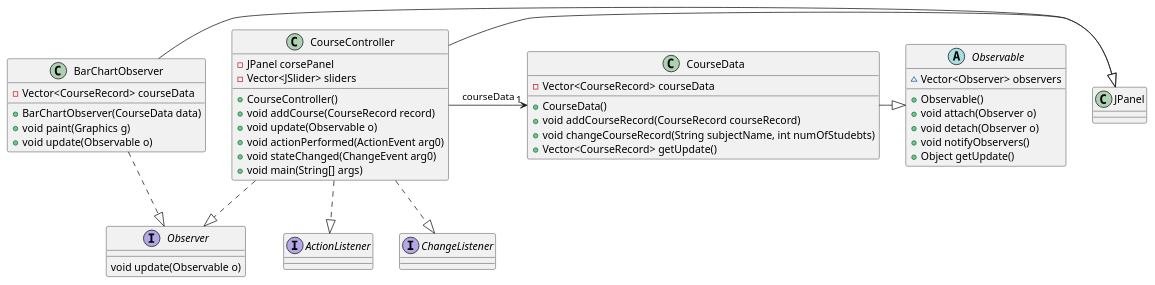
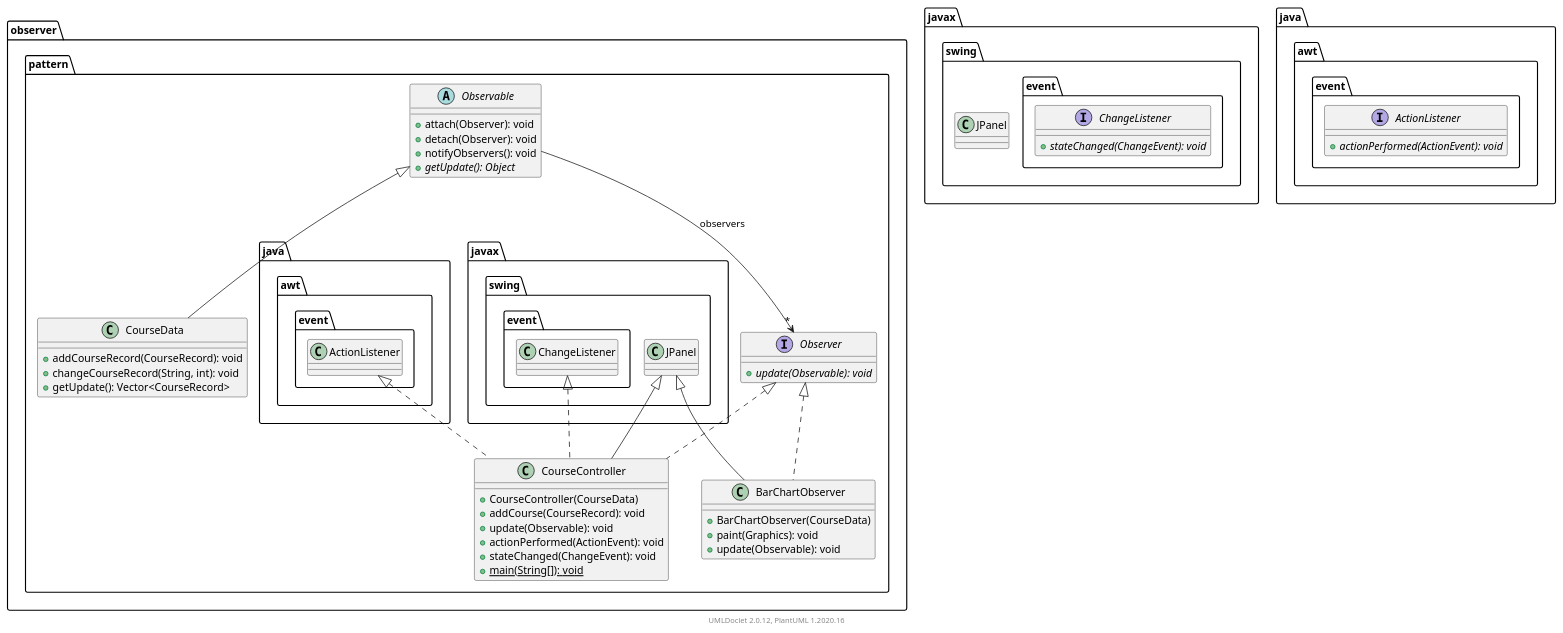
The diagram in docs/TP5-observer.plantuml (IUT-Blagnac/cpoa-tp5-TomJoalland), drawn with PlantUML before and after one commit. The commit also changed 88 other files, not shown here.

```diff
--- a/docs/TP5-observer.plantuml
+++ b/docs/TP5-observer.plantuml
@@ -1,63 +1,64 @@
-@startuml observer.pattern
+@startuml
+    namespace observer.pattern {
 
-class JPanel{
+        class CourseController [[CourseController.html]] {
+            +CourseController(CourseData)
+            +addCourse(CourseRecord): void
+            +update(Observable): void
+            +actionPerformed(ActionEvent): void
+            +stateChanged(ChangeEvent): void
+            {static} +main(String[]): void
+        }
 
-}
+        abstract class Observable [[Observable.html]] {
+            +attach(Observer): void
+            +detach(Observer): void
+            +notifyObservers(): void
+            {abstract} +getUpdate(): Object
+        }
 
-interface ActionListener{
+        class BarChartObserver [[BarChartObserver.html]] {
+            +BarChartObserver(CourseData)
+            +paint(Graphics): void
+            +update(Observable): void
+        }
 
-}
+        class CourseData [[CourseData.html]] {
+            +addCourseRecord(CourseRecord): void
+            +changeCourseRecord(String, int): void
+            +getUpdate(): Vector<CourseRecord>
+        }
 
-interface ChangeListener{
+        interface Observer [[Observer.html]] {
+            {abstract} +update(Observable): void
+        }
 
-}
+        javax.swing.JPanel <|-- CourseController
+        Observer <|.. CourseController
+        javax.swing.event.ChangeListener <|.. CourseController
+        java.awt.event.ActionListener <|.. CourseController
+        Observable --> "*" Observer: observers
+        javax.swing.JPanel <|-- BarChartObserver
+        Observer <|.. BarChartObserver
+        Observable <|-- CourseData
+    }
 
-interface Observer{
-void update(Observable o)
-}
+    namespace javax.swing {
+        class JPanel [[https://docs.oracle.com/javase/8/docs/api/javax/swing/JPanel.html?is-external=true]] {
+        }
+    }
 
-class BarChartObserver{
-- Vector<CourseRecord> courseData
-+ BarChartObserver(CourseData data)
-+ void paint(Graphics g)
-+ void update(Observable o)
-}
+    namespace javax.swing.event {
+        interface ChangeListener [[https://docs.oracle.com/javase/8/docs/api/javax/swing/event/ChangeListener.html?is-external=true]] {
+            {abstract} +stateChanged(ChangeEvent): void
+        }
+    }
 
-class CourseController{
-- JPanel corsePanel
-- Vector<JSlider> sliders
-+ CourseController()
-+ void addCourse(CourseRecord record)
-+ void update(Observable o)
-+ void actionPerformed(ActionEvent arg0)
-+ void stateChanged(ChangeEvent arg0)
-+ void main(String[] args)
-}
+    namespace java.awt.event {
+        interface ActionListener [[https://docs.oracle.com/javase/8/docs/api/java/awt/event/ActionListener.html?is-external=true]] {
+            {abstract} +actionPerformed(ActionEvent): void
+        }
+    }
 
-abstract Observable{
-~ Vector<Observer> observers
-+ Observable()
-+ void attach(Observer o)
-+ void detach(Observer o)
-+ void notifyObservers()
-+ Object getUpdate()
-}
-
-class CourseData{
-- Vector<CourseRecord> courseData
-+ CourseData()
-+ void addCourseRecord(CourseRecord courseRecord)
-+ void changeCourseRecord(String subjectName, int numOfStudebts)
-+ Vector<CourseRecord> getUpdate()
-}
-
-BarChartObserver -|> JPanel
-BarChartObserver ..|> Observer
-CourseController -|> JPanel
-CourseController ..|> Observer
-CourseController ..|> ActionListener
-CourseController ..|> ChangeListener
-CourseController -> "1" CourseData : courseData
-CourseData -|> Observable
-
+    center footer UMLDoclet 2.0.12, PlantUML 1.2020.16
 @enduml
```
